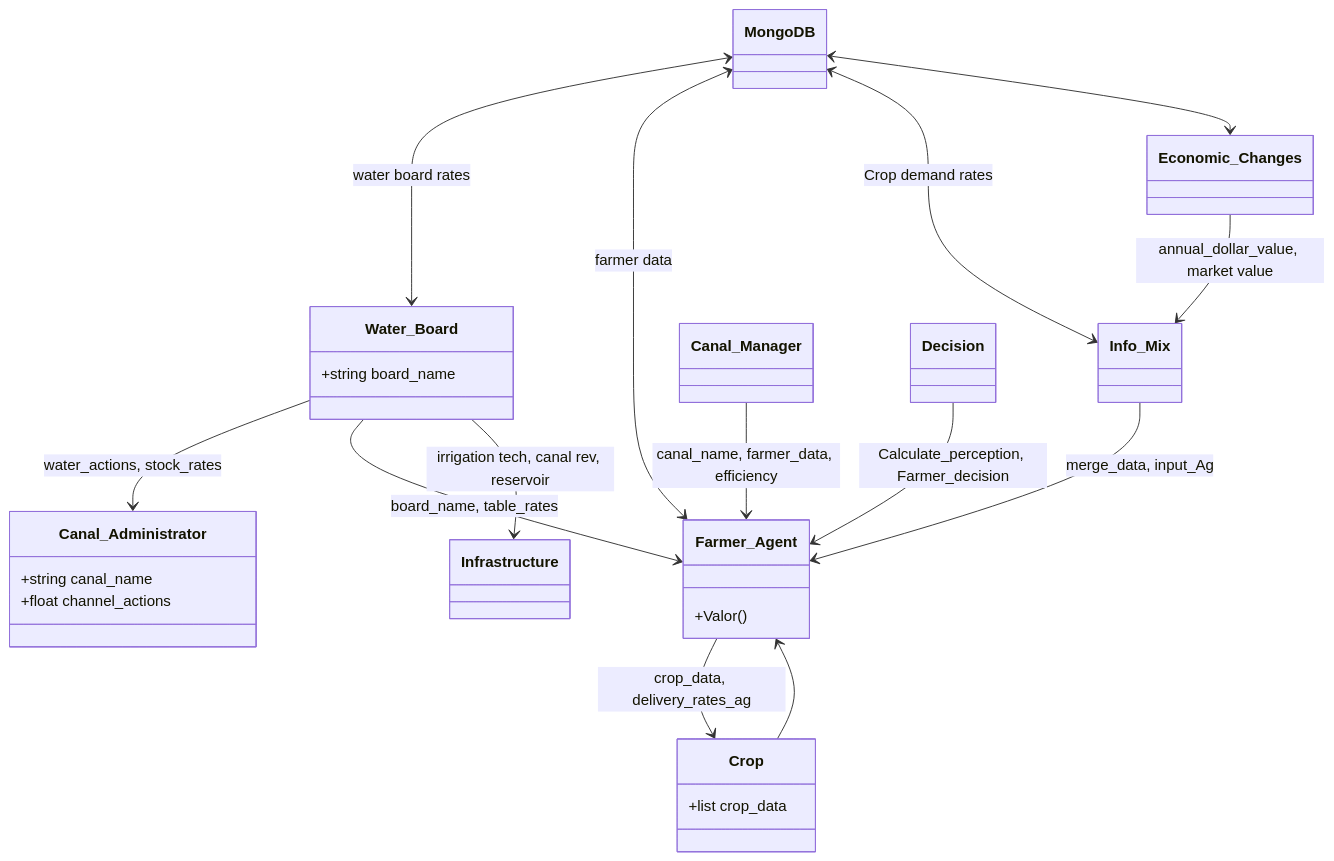
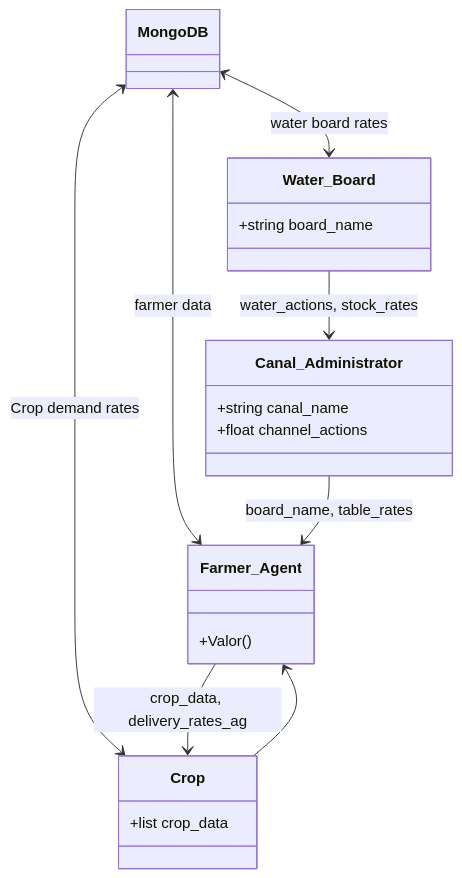
Before and after one commit to Pablov81/Agrotopia: the diagram in README.md, drawn with Mermaid.

````diff
--- a/README.md
+++ b/README.md
@@ -46,41 +46,32 @@
 ```mermaid
 classDiagram
     class MongoDB {
     }
 
     class Water_Board {
         +string board_name
     }
 
     class Canal_Administrator{
         +string canal_name
         +float channel_actions
     }
 
     class Farmer_Agent {
         +Valor()
     }
 
     class Crop {
         +list crop_data
     }
 
 
 
     MongoDB <--> Water_Board: water board rates
     MongoDB <--> Farmer_Agent: farmer data
-    MongoDB <--> Info_Mix: Crop demand rates
-    MongoDB <--> Economic_Changes
+    MongoDB <--> Crop: Crop demand rates
     Water_Board --> Canal_Administrator: water_actions, stock_rates
-    Water_Board --> Farmer_Agent: board_name, table_rates
-    Water_Board --> Infrastructure: irrigation tech, canal rev, reservoir
-    Canal_Manager --> Farmer_Agent: canal_name, farmer_data, efficiency
-    Info_Mix --> Farmer_Agent: merge_data, input_Ag
+    Canal_Administrator --> Farmer_Agent: board_name, table_rates
     Farmer_Agent --> Crop: crop_data, delivery_rates_ag
     Crop --> Farmer_Agent
-    Economic_Changes --> Info_Mix: annual_dollar_value, market value
-    Decision --> Farmer_Agent: Calculate_perception, Farmer_decision
-
-
-
 ```
````
